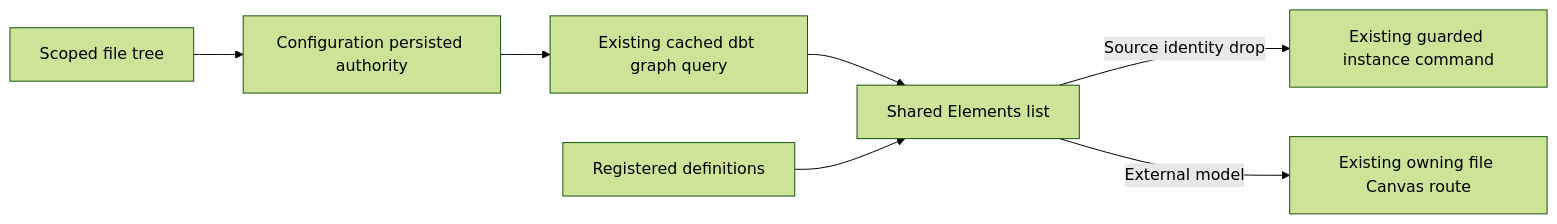
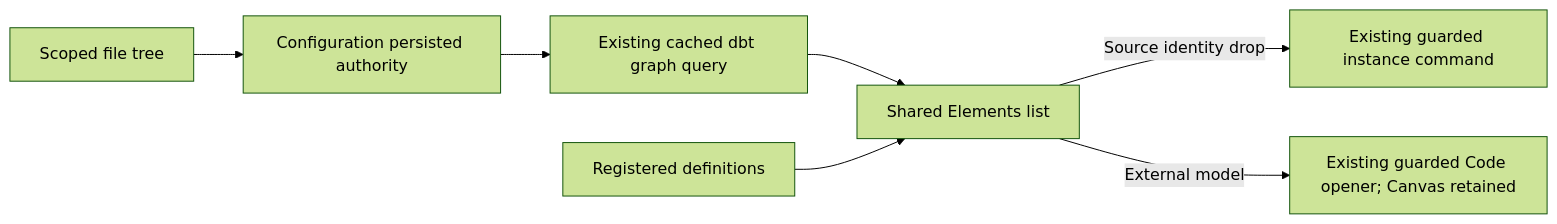
The first of 5 diagrams in docs/architecture/components/web/code-workbench-workspace-files-component.md (dunay2/dvt), drawn with Mermaid (forest theme) before and after one commit. The commit also changed other lines of this file and 29 other files, not shown here.

````diff
--- a/docs/architecture/components/web/code-workbench-workspace-files-component.md
+++ b/docs/architecture/components/web/code-workbench-workspace-files-component.md
@@ -140,9 +146,9 @@
 ```mermaid
 flowchart LR
   T[Scoped file tree] --> A[Configuration persisted authority]
   A --> G[Existing cached dbt graph query]
   G --> E[Shared Elements list]
   N[Registered definitions] --> E
   E -->|Source identity drop| S[Existing guarded instance command]
-  E -->|External model| R[Existing owning file Canvas route]
+  E -->|External model| R[Existing guarded Code opener; Canvas retained]
 ```
````
